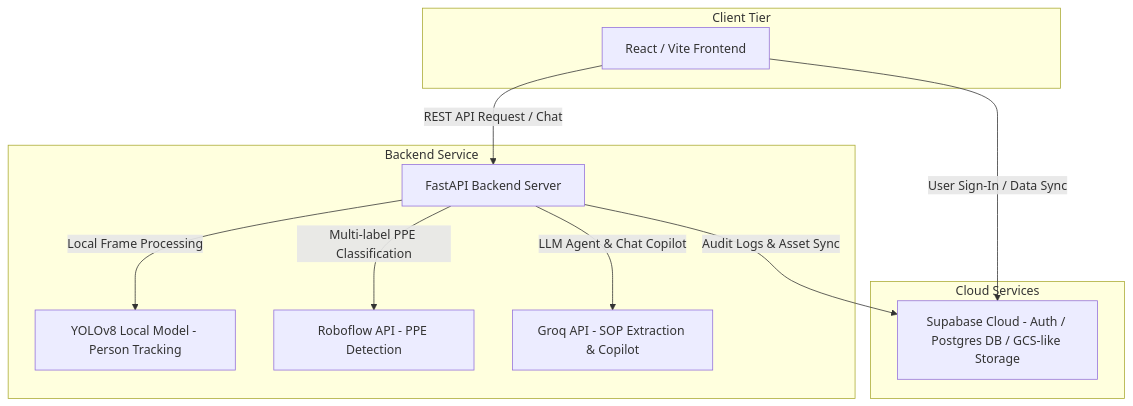
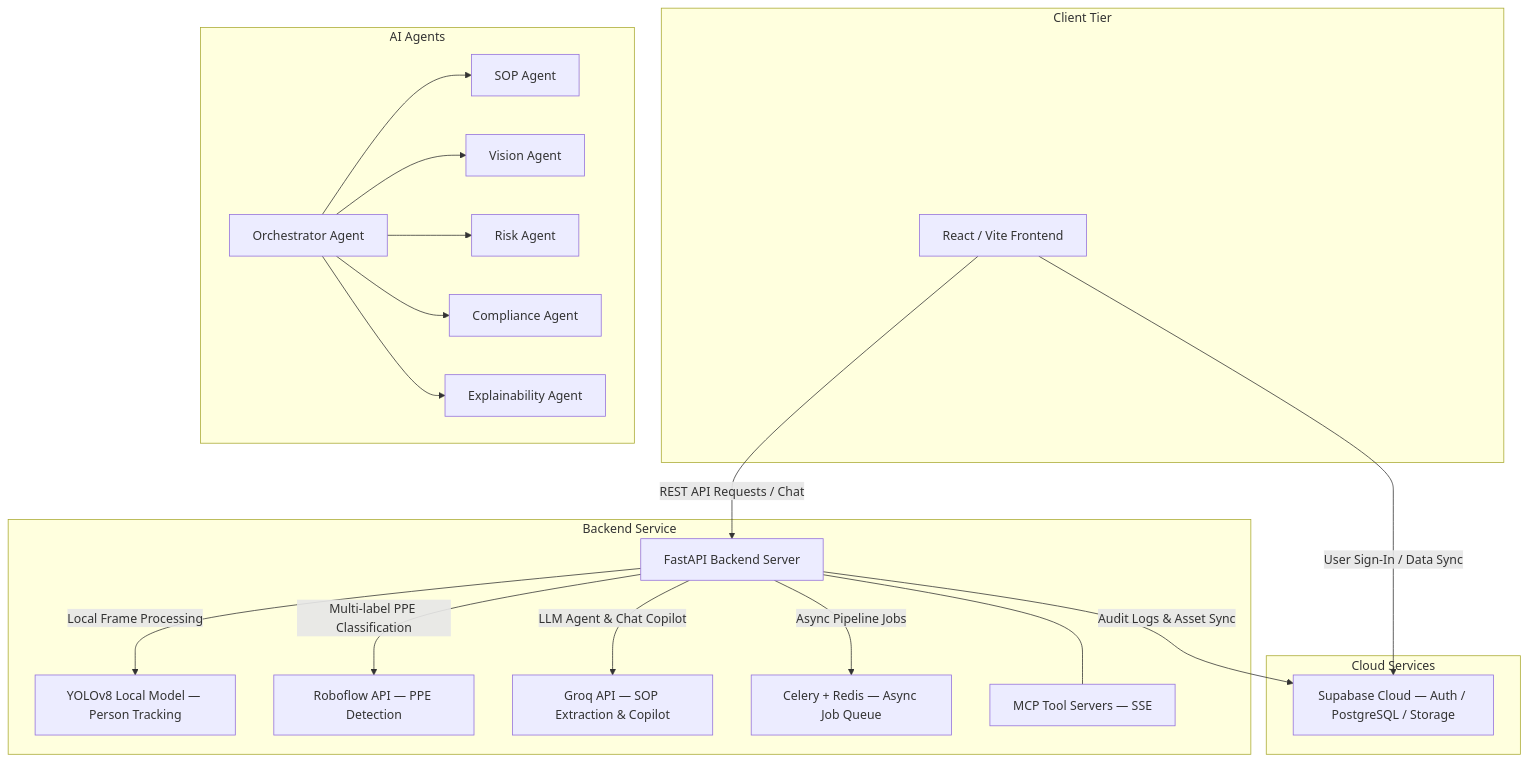
Before and after one commit to aasthaj357/SentinelAI-Safety-Intelligence-Platform: the diagram in README.md, drawn with Mermaid. The commit also changed other lines of this file and 30 other files, not shown here.

````diff
--- a/README.md
+++ b/README.md
@@ -25,24 +30,38 @@
 ```mermaid
 graph TD
   subgraph Client Tier [Client Tier]
     A[React / Vite Frontend]
   end
 
-  subgraph Cloud services [Cloud Services]
-    B[Supabase Cloud - Auth / Postgres DB / GCS-like Storage]
+  subgraph Cloud Services [Cloud Services]
+    B[Supabase Cloud — Auth / PostgreSQL / Storage]
   end
 
   subgraph Backend Tier [Backend Service]
     C[FastAPI Backend Server]
-    D[YOLOv8 Local Model - Person Tracking]
-    E[Roboflow API - PPE Detection]
-    F[Groq API - SOP Extraction & Copilot]
+    D[YOLOv8 Local Model — Person Tracking]
+    E[Roboflow API — PPE Detection]
+    F[Groq API — SOP Extraction & Copilot]
+    G[Celery + Redis — Async Job Queue]
+    H[MCP Tool Servers — SSE]
+  end
+
+  subgraph AI Agent Layer [AI Agents]
+    I[Orchestrator Agent]
+    J[SOP Agent]
+    K[Vision Agent]
+    L[Risk Agent]
+    M[Compliance Agent]
+    N[Explainability Agent]
   end
 
   A -->|User Sign-In / Data Sync| B
-  A -->|REST API Request / Chat| C
+  A -->|REST API Requests / Chat| C
   C -->|Local Frame Processing| D
   C -->|Multi-label PPE Classification| E
   C -->|LLM Agent & Chat Copilot| F
+  C -->|Async Pipeline Jobs| G
   C -->|Audit Logs & Asset Sync| B
+  C --- H
+  I --> J & K & L & M & N
 ```
````
